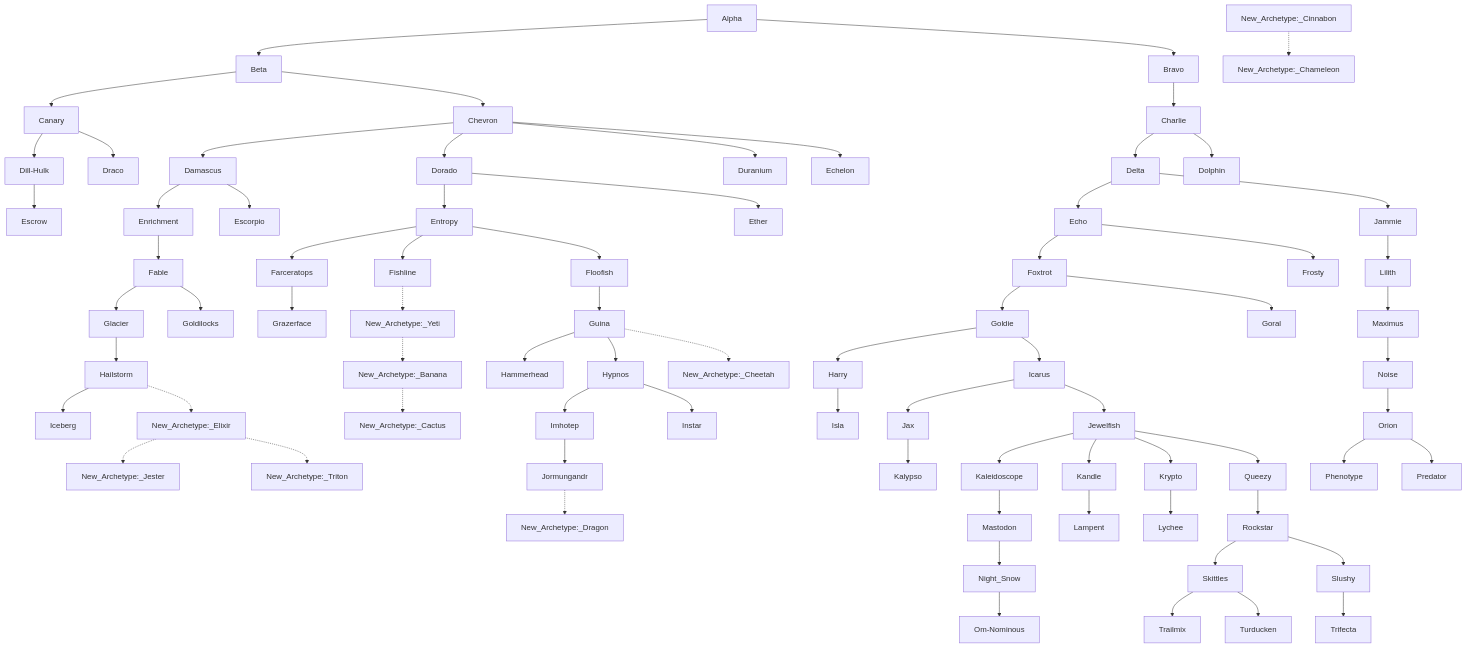
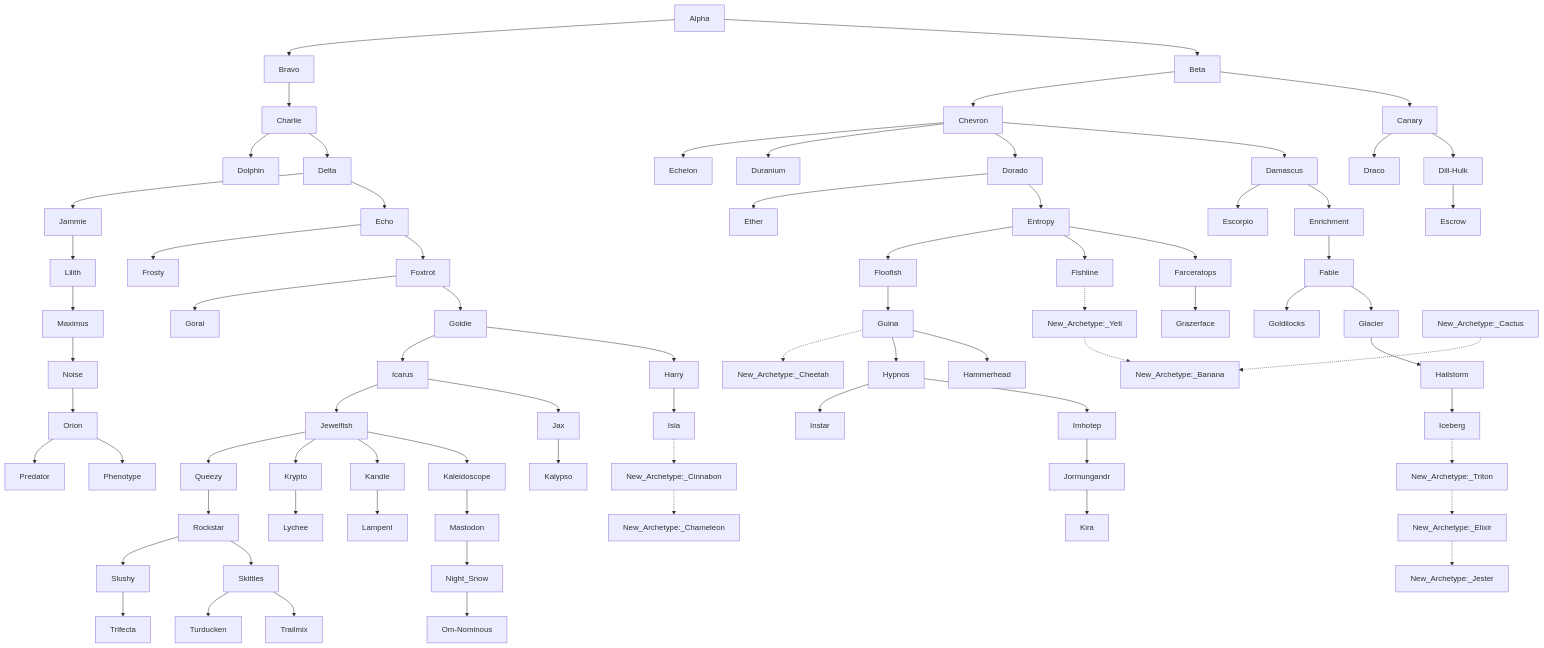
The diagram in Peridot-ArchetypeTreeMST.md (g1ddy/PeridotArchetypeFinder), drawn with Mermaid before and after one commit. The commit also changed 3 other files, not shown here.

````diff
--- a/Peridot-ArchetypeTreeMST.md
+++ b/Peridot-ArchetypeTreeMST.md
@@ -3,79 +3,80 @@
 ```mermaid
 flowchart
 
 Alpha --> Beta
 Alpha --> Bravo
 Beta --> Canary
 Beta --> Chevron
 Bravo --> Charlie
 Canary --> Dill-Hulk
 Canary --> Draco
 Charlie --> Delta
 Charlie --> Dolphin
 Chevron --> Damascus
 Chevron --> Dorado
 Chevron --> Duranium
 Chevron --> Echelon
 Damascus --> Enrichment
 Damascus --> Escorpio
 Delta --> Echo
 Delta --> Jammie
 Dill-Hulk --> Escrow
 Dorado --> Entropy
 Dorado --> Ether
 Echo --> Foxtrot
 Echo --> Frosty
 Enrichment --> Fable
 Entropy --> Farceratops
 Entropy --> Fishline
 Entropy --> Floofish
 Fable --> Glacier
 Fable --> Goldilocks
 Farceratops --> Grazerface
 Fishline -.-> New_Archetype:_Yeti
 Floofish --> Guina
 Foxtrot --> Goldie
 Foxtrot --> Goral
 Glacier --> Hailstorm
 Goldie --> Harry
 Goldie --> Icarus
 Guina --> Hammerhead
 Guina --> Hypnos
 Guina -.-> New_Archetype:_Cheetah
 Hailstorm --> Iceberg
-Hailstorm -.-> New_Archetype:_Elixir
+Iceberg -.-> New_Archetype:_Triton
 Harry --> Isla
 Hypnos --> Imhotep
 Hypnos --> Instar
 Icarus --> Jax
 Icarus --> Jewelfish
 Imhotep --> Jormungandr
+Isla -.-> New_Archetype:_Cinnabon
 Jammie --> Lilith
 Jax --> Kalypso
 Jewelfish --> Kaleidoscope
 Jewelfish --> Kandle
 Jewelfish --> Krypto
 Jewelfish --> Queezy
-Jormungandr -.-> New_Archetype:_Dragon
+Jormungandr --> Kira
 Kaleidoscope --> Mastodon
 Kandle --> Lampent
 Krypto --> Lychee
 Lilith --> Maximus
 Mastodon --> Night_Snow
 Maximus --> Noise
+New_Archetype:_Cactus -.-> New_Archetype:_Banana
 New_Archetype:_Elixir -.-> New_Archetype:_Jester
-New_Archetype:_Elixir -.-> New_Archetype:_Triton
-New_Archetype:_Banana -.-> New_Archetype:_Cactus
+New_Archetype:_Triton -.-> New_Archetype:_Elixir
 New_Archetype:_Cinnabon -.-> New_Archetype:_Chameleon
 New_Archetype:_Yeti -.-> New_Archetype:_Banana
 Night_Snow --> Om-Nominous
 Noise --> Orion
 Orion --> Phenotype
 Orion --> Predator
 Queezy --> Rockstar
 Rockstar --> Skittles
 Rockstar --> Slushy
 Skittles --> Trailmix
 Skittles --> Turducken
 Slushy --> Trifecta
 ```
````
